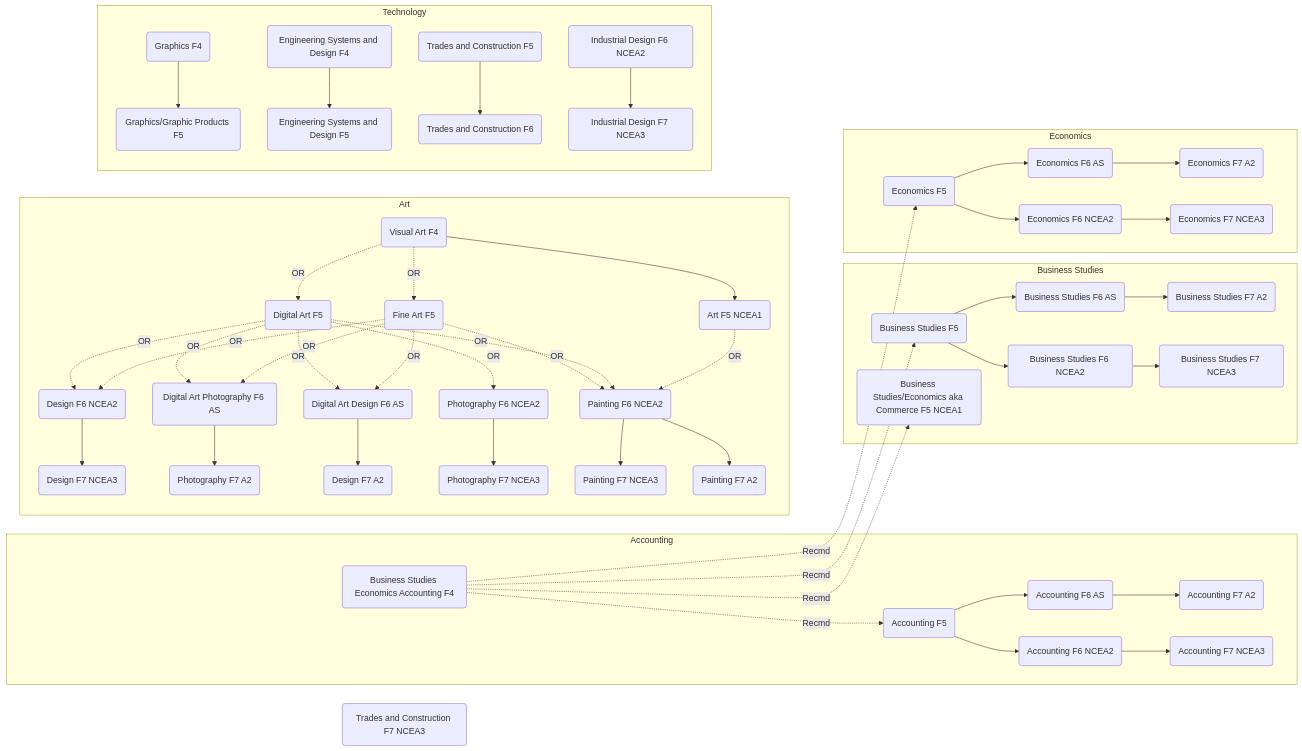
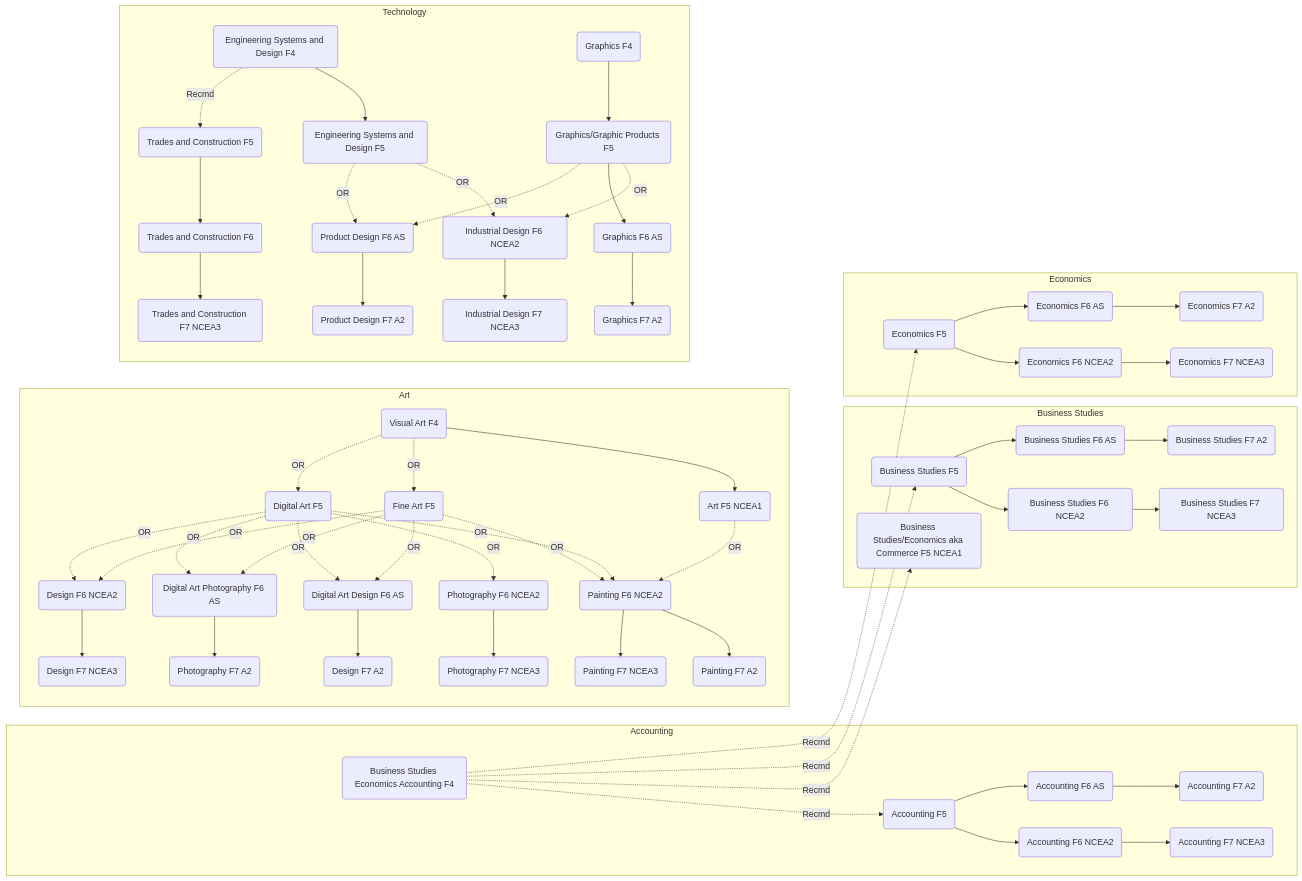
One commit to cszhe/ags changed the diagram in course.md. Above: the diagram before and after it, drawn with Mermaid.

Commit message:
finished engineering

````diff
--- a/course.md
+++ b/course.md
@@ -18,30 +18,33 @@
     6ACC-N(Accounting F6 NCEA2)
     6BUS-A(Business Studies F6 AS)
     6BUS-N(Business Studies F6 NCEA2)
-    6CON(Trades and Construction F6)
+    6CON-N(Trades and Construction F6)
     6DAD(Digital Art Design F6 AS)
     6DAP-A(Digital Art Photography F6 AS)
     6DES(Design F6 NCEA2)
     6ECO-A(Economics F6 AS)
     6ECO-N(Economics F6 NCEA2)
-    6IND(Industrial Design F6 NCEA2)
+    6GRA-A(Graphics F6 AS)
+    6IND-N(Industrial Design F6 NCEA2)
     6PHO-N(Photography F6 NCEA2)
+    6PRO-A(Product Design F6 AS)
     6PTG(Painting F6 NCEA2)
     7ACC-A(Accounting F7 A2)
     7ACC-N(Accounting F7 NCEA3)
     7BUS-A(Business Studies F7 A2)
     7BUS-N(Business Studies F7 NCEA3)
-    7CON(Trades and Construction F7 NCEA3)
+    7CON-N(Trades and Construction F7 NCEA3)
     7DES-N(Design F7 NCEA3)
     7DES-A(Design F7 A2)
     7ECO-A(Economics F7 A2)
     7ECO-N(Economics F7 NCEA3)
-    7IND(Industrial Design F7 NCEA3)
+    7GRA-A(Graphics F7 A2)
+    7IND-N(Industrial Design F7 NCEA3)
+    7PRO-A(Product Design F7 A2)
     7PHO-N(Photography F7 NCEA3)
     7PHO-A(Photography F7 A2)
     7PTG-A(Painting F7 A2)
     7PTG-N(Painting F7 NCEA3)
-    
 
     subgraph Accounting
         4BEA -.->|Recmd| 5ACC
@@ -87,8 +90,16 @@
     subgraph Technology
         4GRA --> 5GRA
         4ESD --> 5ESD
-        5CON --> 6CON
-        6IND --> 7IND
+        5ESD -.->|OR| 6IND-N
+        5GRA -.->|OR| 6IND-N
+        4ESD -.->|Recmd| 5CON
+        5CON --> 6CON-N --> 7CON-N
+        6IND-N --> 7IND-N
+        5GRA --> 6GRA-A --> 7GRA-A
+        5GRA -.->|OR| 6PRO-A
+        5ESD -.->|OR| 6PRO-A
+        6PRO-A --> 7PRO-A
+        
     end
 
 ```
````
